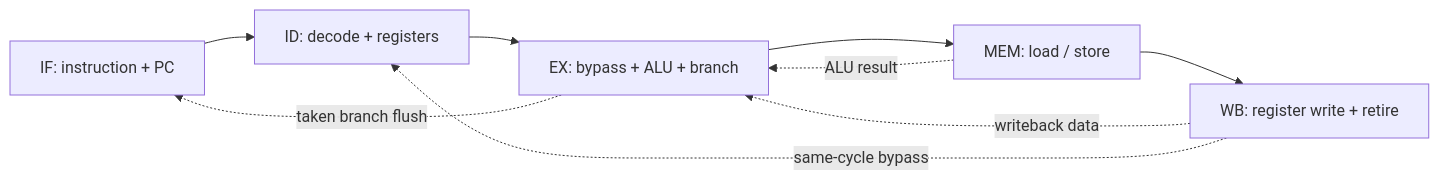
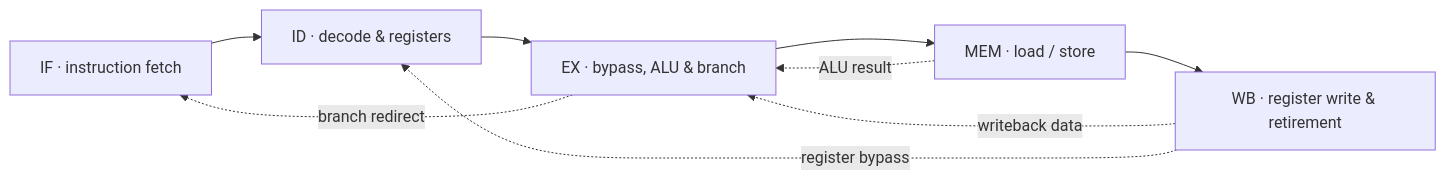
The diagram in README.md (michaelcolby-git/risc32-pipeline), drawn with Mermaid before and after one commit. The commit also changed other lines of this file and 6 other files, not shown here.

````diff
--- a/README.md
+++ b/README.md
@@ -23,11 +19,11 @@
 ```mermaid
 flowchart LR
-  IF["IF: instruction + PC"] --> ID["ID: decode + registers"]
-  ID --> EX["EX: bypass + ALU + branch"]
-  EX --> MEM["MEM: load / store"]
-  MEM --> WB["WB: register write + retire"]
+  IF["IF · instruction fetch"] --> ID["ID · decode & registers"]
+  ID --> EX["EX · bypass, ALU & branch"]
+  EX --> MEM["MEM · load / store"]
+  MEM --> WB["WB · register write & retirement"]
   MEM -. "ALU result" .-> EX
   WB -. "writeback data" .-> EX
-  WB -. "same-cycle bypass" .-> ID
-  EX -. "taken branch flush" .-> IF
+  WB -. "register bypass" .-> ID
+  EX -. "branch redirect" .-> IF
 ```
````
